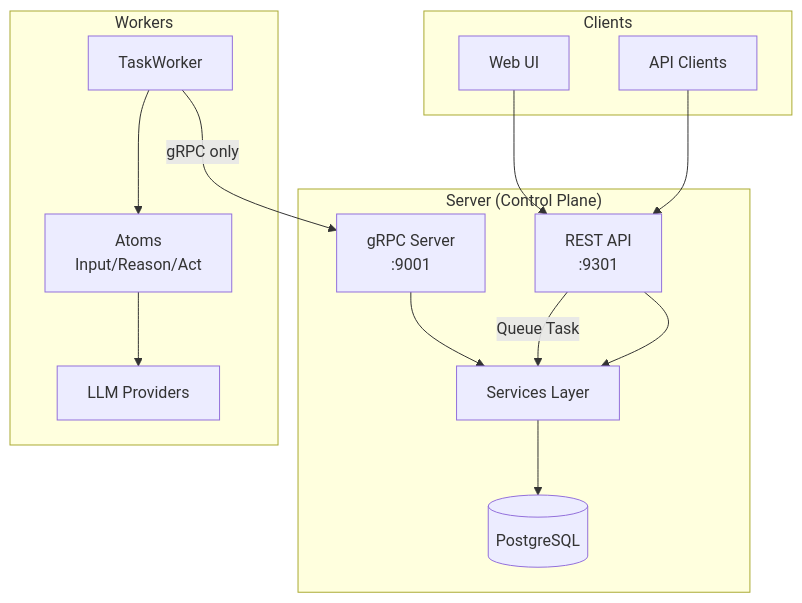
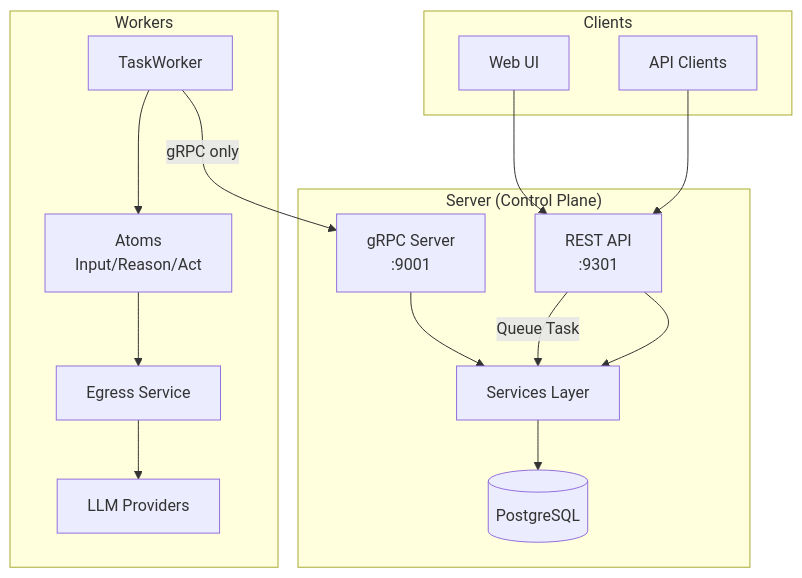
One commit to everruns/everruns changed the first of 3 diagrams in specs/architecture.md. Above: the diagram before and after it, drawn with Mermaid. The commit also changed other lines of this file and 23 other files, not shown here.

Commit message:
feat(core): add outbound egress service

````diff
--- a/specs/architecture.md
+++ b/specs/architecture.md
@@ -9,31 +9,33 @@
 ```mermaid
 graph TB
     subgraph Clients
         UI[Web UI]
         API_Client[API Clients]
     end
 
     subgraph Server["Server (Control Plane)"]
         REST[REST API<br/>:9301]
         GRPC[gRPC Server<br/>:9001]
         Services[Services Layer]
         Storage[(PostgreSQL)]
     end
 
     subgraph Workers
         Worker[TaskWorker]
         Atoms[Atoms<br/>Input/Reason/Act]
+        Egress[Egress Service]
         LLM[LLM Providers]
     end
 
     UI --> REST
     API_Client --> REST
     REST --> Services
     Services --> Storage
     GRPC --> Services
 
     Worker -->|gRPC only| GRPC
     REST -->|Queue Task| Services
     Worker --> Atoms
-    Atoms --> LLM
+    Atoms --> Egress
+    Egress --> LLM
 ```
````
